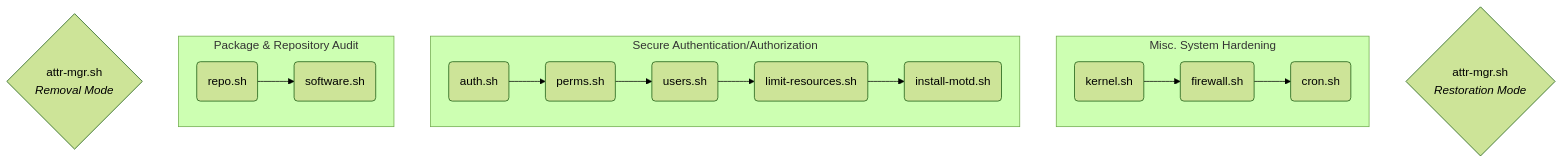
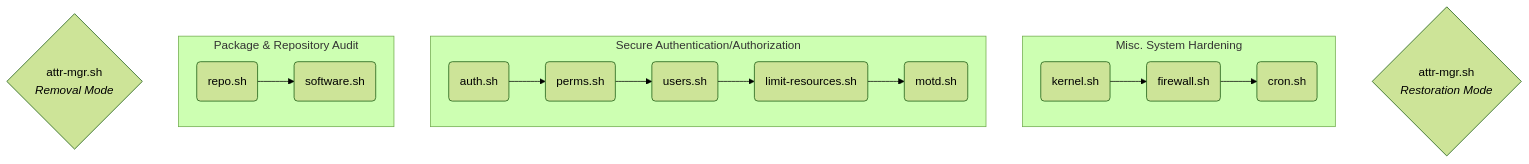
One commit to JustAundre/Hall-of-Mirrors changed the diagram in server/hardening/README.md. Above: the diagram before and after it, drawn with Mermaid (forest theme). The commit also changed 1 other file, not shown here.

Commit message:
Renamed `install-motd.sh` to `motd.sh`

````diff
--- a/server/hardening/README.md
+++ b/server/hardening/README.md
@@ -11,23 +11,23 @@
 ```mermaid
 graph LR
 	1{attr-mgr.sh <br><i>Removal Mode</i>}
 
 	subgraph Package & Repository Audit
 		2(repo.sh) --> 3(software.sh)
 	end
 
 	subgraph Secure Authentication/Authorization
-		4(auth.sh) --> 5(perms.sh) --> 6(users.sh) --> 7(limit-resources.sh) --> 8(install-motd.sh)
+		4(auth.sh) --> 5(perms.sh) --> 6(users.sh) --> 7(limit-resources.sh) --> 8(motd.sh)
 	end
 
 	subgraph Misc. System Hardening
 		9(kernel.sh) --> 10(firewall.sh) --> 11(cron.sh)
 	end
 
 	12{attr-mgr.sh <br><i>Restoration Mode</i>}
 
 	1 ~~~ 2
 	3 ~~~ 4
 	8 ~~~ 9
 	11 ~~~ 12
 ```
````
